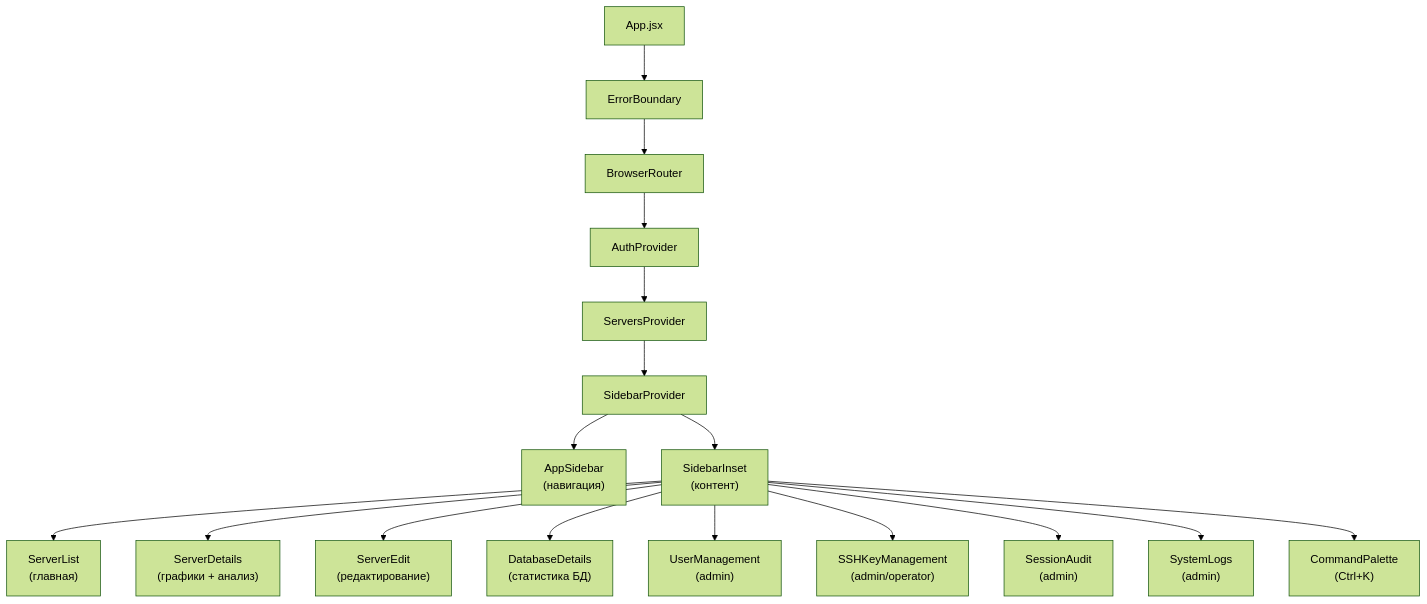
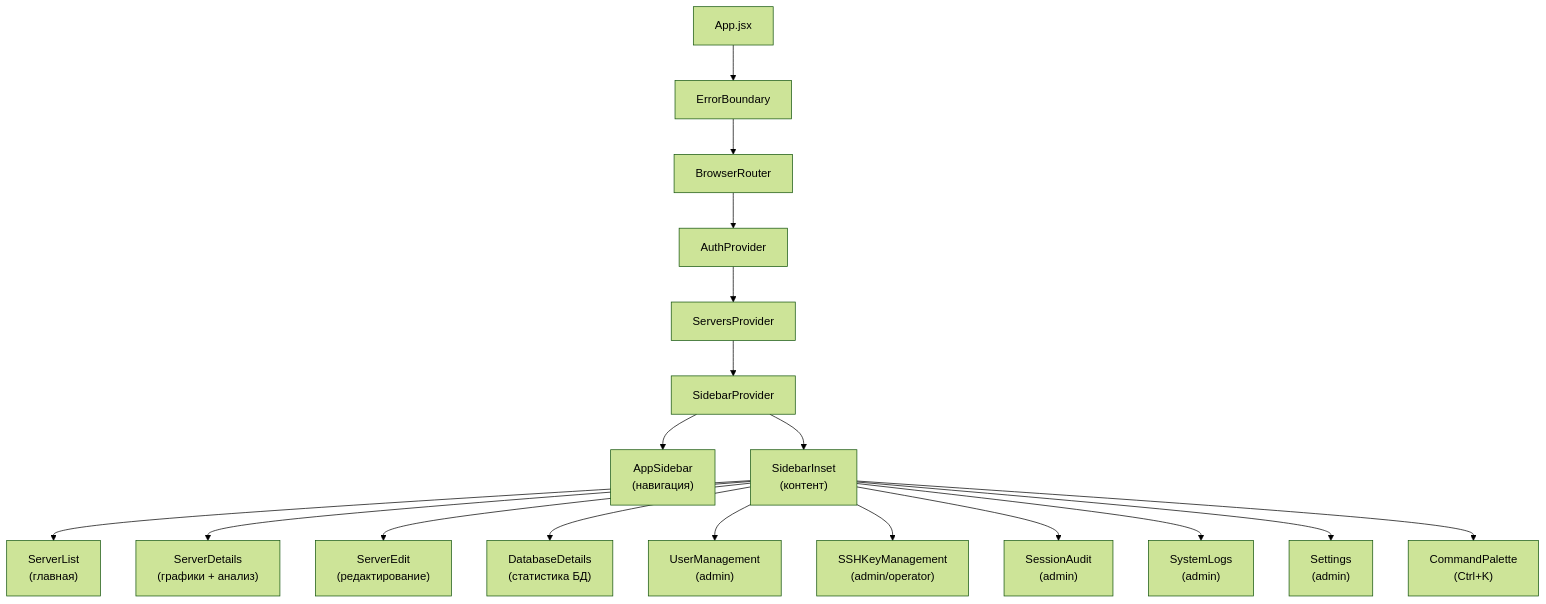
The first of 2 diagrams in frontend/README.md (wobujidao/PostgreSQL-Activity-Monitor), drawn with Mermaid (forest theme) before and after one commit. The commit also changed other lines of this file and 3 other files, not shown here.

````diff
--- a/frontend/README.md
+++ b/frontend/README.md
@@ -23,29 +23,30 @@
 ```mermaid
 graph TD
     App["App.jsx"]
     EB["ErrorBoundary"]
     Router["BrowserRouter"]
     AuthProv["AuthProvider"]
     ServersProv["ServersProvider"]
     Sidebar["SidebarProvider"]
 
     App --> EB
     EB --> Router
     Router --> AuthProv
     AuthProv --> ServersProv
     ServersProv --> Sidebar
 
     Sidebar --> AppSidebar["AppSidebar<br/>(навигация)"]
     Sidebar --> Content["SidebarInset<br/>(контент)"]
 
     Content --> SL["ServerList<br/>(главная)"]
     Content --> SD["ServerDetails<br/>(графики + анализ)"]
     Content --> SE["ServerEdit<br/>(редактирование)"]
     Content --> DD["DatabaseDetails<br/>(статистика БД)"]
     Content --> UM["UserManagement<br/>(admin)"]
     Content --> SK["SSHKeyManagement<br/>(admin/operator)"]
     Content --> SA["SessionAudit<br/>(admin)"]
     Content --> SLogs["SystemLogs<br/>(admin)"]
+    Content --> Sett["Settings<br/>(admin)"]
 
     Content --> CMD["CommandPalette<br/>(Ctrl+K)"]
 ```
````
